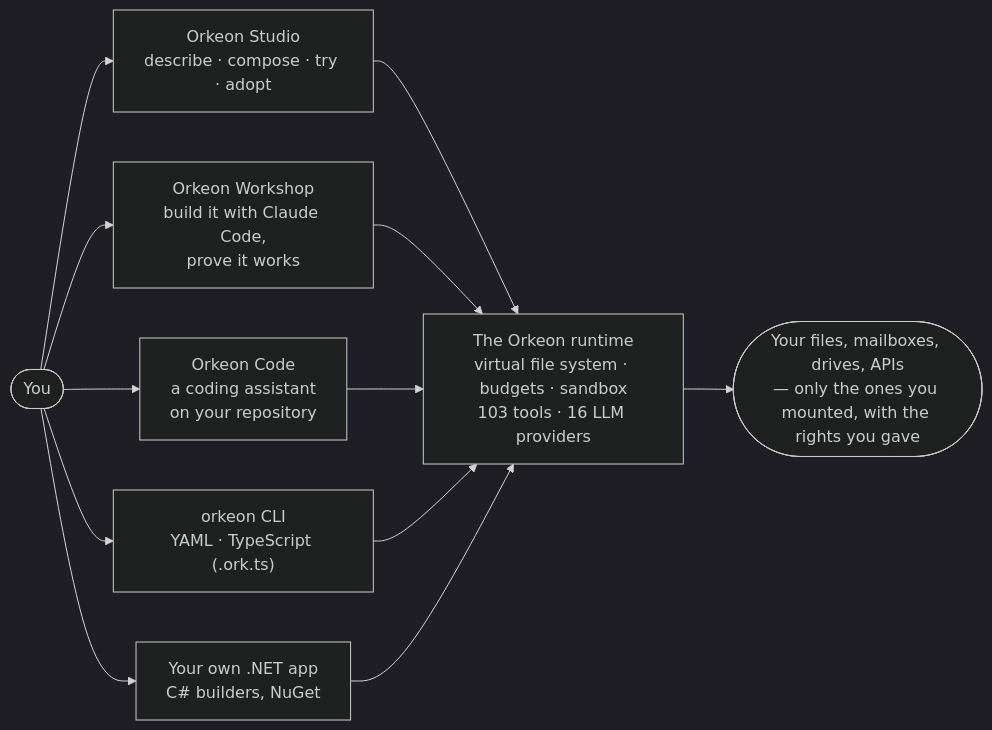
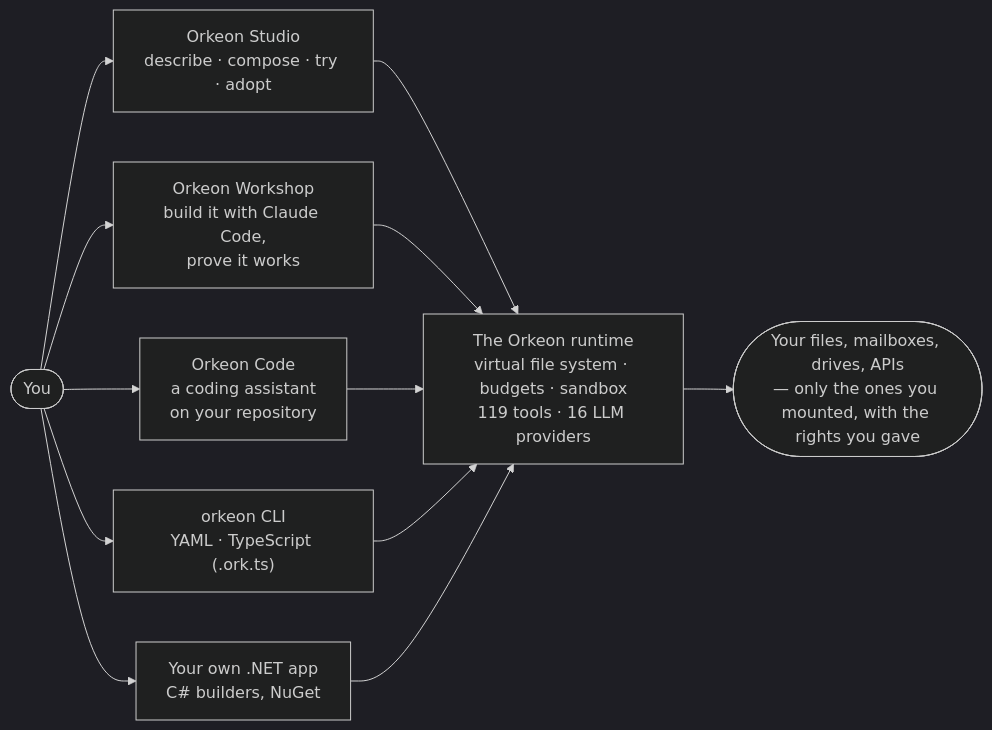
The diagram in README.md (Orkeon/orkeon), drawn with Mermaid (dark theme) before and after one commit. The commit also changed other lines of this file and 11 other files, not shown here.

Commit message:
docs(rt): close-out of the Orkeon Code runtime work, limitations rewritten, CHANGELOG for RT-01..RT-44, tool count 119, inventory and FR mirror (#179)

````diff
--- a/README.md
+++ b/README.md
@@ -30,10 +30,10 @@
 ```mermaid
 flowchart LR
     you(["You"]) --> studio["Orkeon Studio<br/>describe · compose · try · adopt"]
     you --> workshop["Orkeon Workshop<br/>build it with Claude Code,<br/>prove it works"]
     you --> code["Orkeon Code<br/>a coding assistant<br/>on your repository"]
     you --> cli["orkeon CLI<br/>YAML · TypeScript (.ork.ts)"]
     you --> app["Your own .NET app<br/>C# builders, NuGet"]
-    studio & workshop & code & cli & app --> runtime["The Orkeon runtime<br/>virtual file system · budgets · sandbox<br/>103 tools · 16 LLM providers"]
+    studio & workshop & code & cli & app --> runtime["The Orkeon runtime<br/>virtual file system · budgets · sandbox<br/>119 tools · 16 LLM providers"]
     runtime --> world(["Your files, mailboxes, drives, APIs<br/>— only the ones you mounted, with the rights you gave"])
 ```
````
